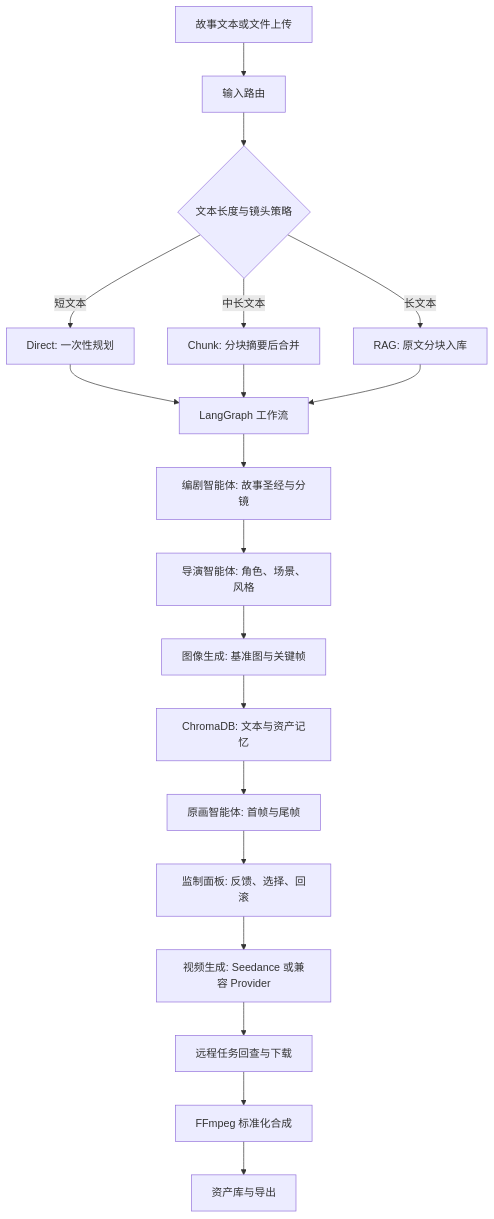
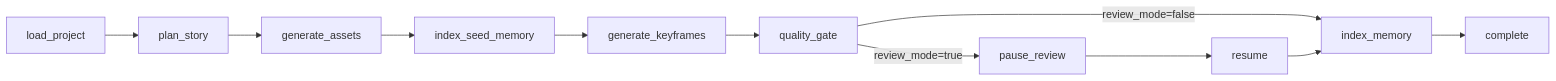
Before and after one commit to Bamzzo/VisionCraft: the second of 2 diagrams in README.md, drawn with Mermaid. The commit also changed other lines of this file and 2 other files, not shown here.

Commit message:
[task-5] refresh project readme and env template

````diff
--- a/README.md
+++ b/README.md
@@ -63,23 +88,13 @@
 ```mermaid
-flowchart TD
-  A["故事文本或文件上传"] --> B["输入路由"]
-  B --> C{"文本长度与镜头策略"}
-  C -->|短文本| D["Direct: 一次性规划"]
-  C -->|中长文本| E["Chunk: 分块摘要后合并"]
-  C -->|长文本| F["RAG: 原文分块入库"]
-
-  D --> G["LangGraph 工作流"]
-  E --> G
-  F --> G
-
-  G --> H["编剧智能体: 故事圣经与分镜"]
-  H --> I["导演智能体: 角色、场景、风格"]
-  I --> J["图像生成: 基准图与关键帧"]
-  J --> K["ChromaDB: 文本与资产记忆"]
-  K --> L["原画智能体: 首帧与尾帧"]
-  L --> M["监制面板: 反馈、选择、回滚"]
-  M --> N["视频生成: Seedance 或兼容 Provider"]
-  N --> O["远程任务回查与下载"]
-  O --> P["FFmpeg 标准化合成"]
-  P --> Q["资产库与导出"]
+flowchart LR
+  A["load_project"] --> B["plan_story"]
+  B --> C["generate_assets"]
+  C --> D["index_seed_memory"]
+  D --> E["generate_keyframes"]
+  E --> F["quality_gate"]
+  F -->|"review_mode=true"| G["pause_review"]
+  F -->|"review_mode=false"| H["index_memory"]
+  G --> I["resume"]
+  I --> H
+  H --> J["complete"]
 ```
````
